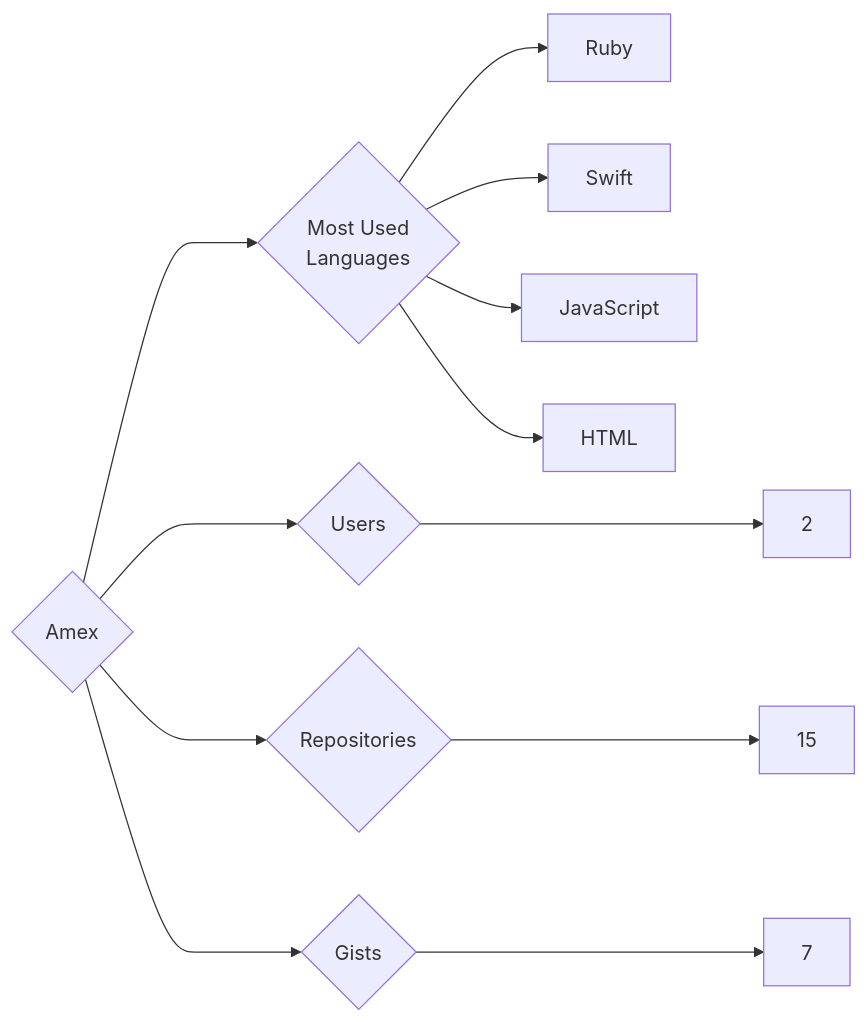
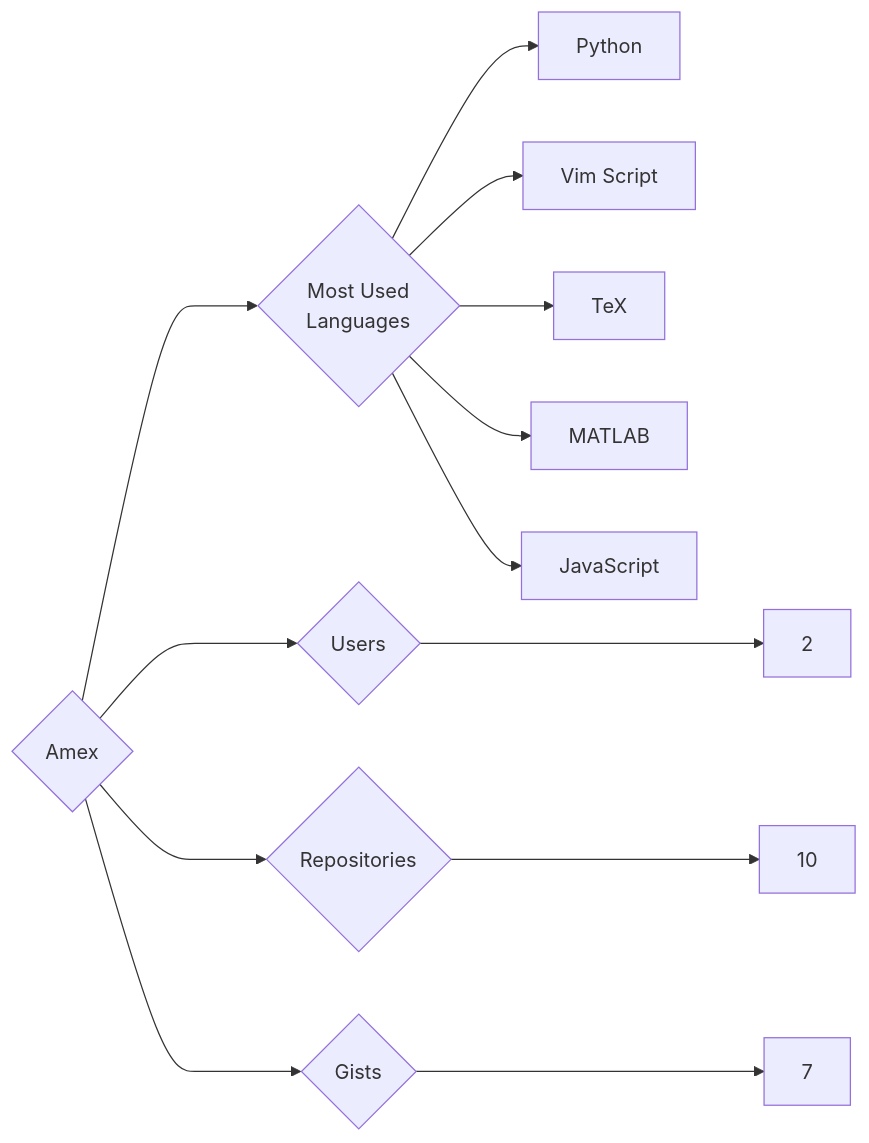
The diagram in targets/Amex/README.md (trickest/insiders), drawn with Mermaid before and after one commit. The commit also changed 688 other files, not shown here.

````diff
--- a/targets/Amex/README.md
+++ b/targets/Amex/README.md
@@ -3,12 +3,13 @@
 ```mermaid
 graph LR
 COMPANY_NAME{Amex}
 COMPANY_NAME ---> U{Users} ---> UN[2]
-COMPANY_NAME ---> R{Repositories} ---> RN[15]
+COMPANY_NAME ---> R{Repositories} ---> RN[10]
 COMPANY_NAME ---> G{Gists} ---> GN[7]
 COMPANY_NAME ---> ML{Most Used<br>Languages}
-ML --> Ruby[Ruby]
-ML --> Swift[Swift]
+ML --> Python[Python]
+ML --> Vim_Script[Vim Script]
+ML --> TeX[TeX]
+ML --> MATLAB[MATLAB]
 ML --> JavaScript[JavaScript]
-ML --> HTML[HTML]
 ```
````
